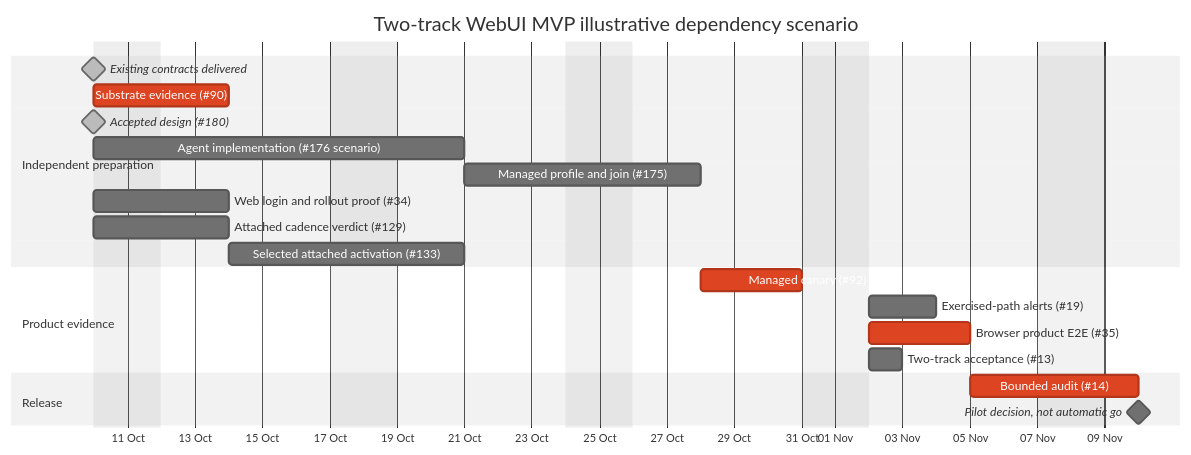
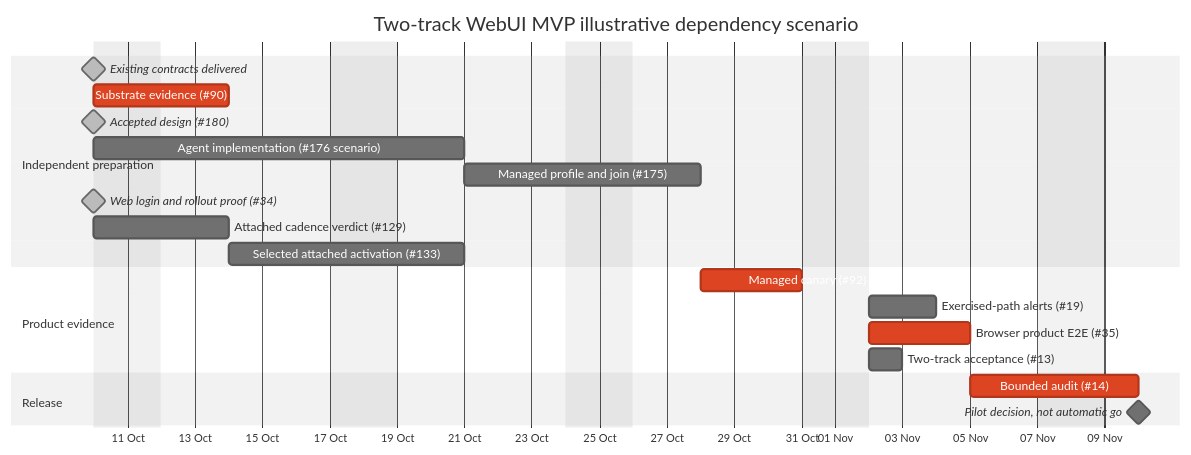
Before and after one commit to urandon/sessionless: the second of 2 diagrams in docs/mvp-delivery-plan.md, drawn with Mermaid (neutral theme). The commit also changed other lines of this file and 28 other files, not shown here.

````diff
--- a/docs/mvp-delivery-plan.md
+++ b/docs/mvp-delivery-plan.md
@@ -214,24 +232,24 @@
 ```mermaid
 gantt
     title Two-track WebUI MVP illustrative dependency scenario
     dateFormat YYYY-MM-DD
     axisFormat %d %b
     excludes weekends
     section Independent preparation
     Existing contracts delivered       :done, milestone, contracts, 2026-10-10, 0d
     Substrate evidence (#90)           :crit, platform, 2026-10-10, 3d
     Accepted design (#180)             :done, milestone, design, 2026-10-10, 0d
     Agent implementation (#176 scenario) :agent, after design, 8d
     Managed profile and join (#175)    :profile, after agent, 5d
-    Web login and rollout proof (#34)  :web, 2026-10-10, 3d
+    Web login and rollout proof (#34)  :done, milestone, web, 2026-10-10, 0d
     Attached cadence verdict (#129)   :cadence, 2026-10-10, 3d
     Selected attached activation (#133) :attached, after cadence, 5d
     section Product evidence
     Managed canary (#92)               :crit, canary, after platform profile, 3d
     Exercised-path alerts (#19)        :alerts, after web canary attached, 2d
     Browser product E2E (#35)          :crit, e2e, after canary web attached, 3d
     Two-track acceptance (#13)         :accept, after canary attached, 1d
     section Release
     Bounded audit (#14)                :crit, audit, after e2e alerts accept, 3d
     Pilot decision, not automatic go   :milestone, after audit, 0d
 ```
````
